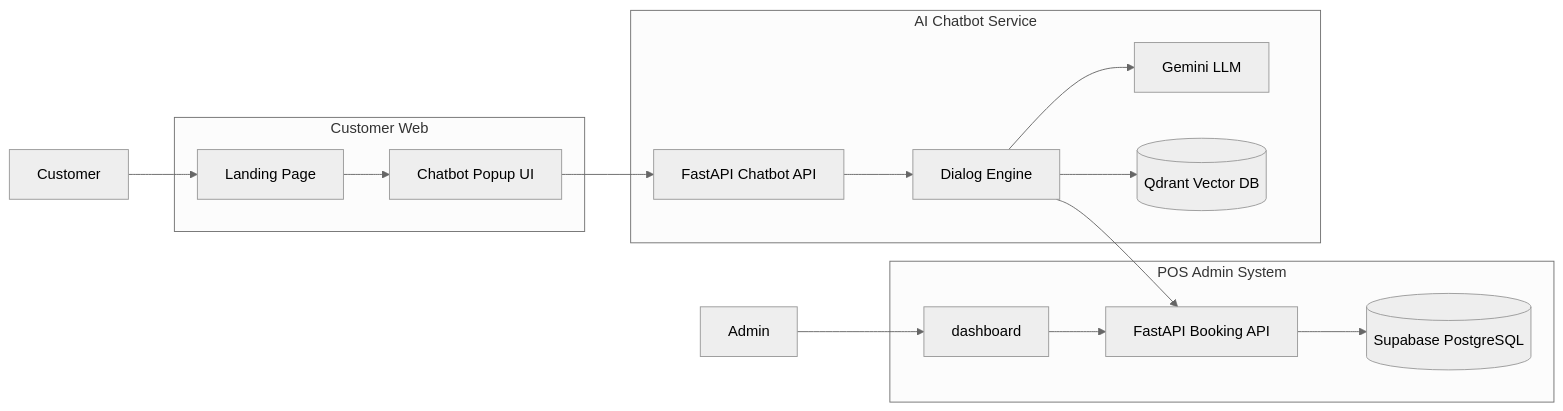
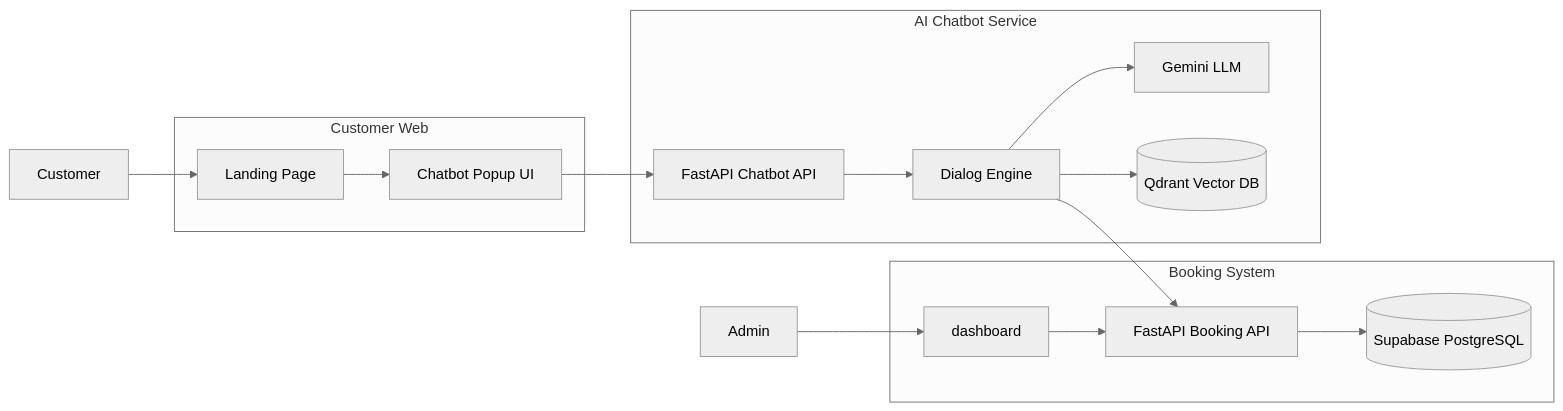
The diagram in README.md (duy-debug/booking-AI-system), drawn with Mermaid (neutral theme) before and after one commit. The commit also changed 1 other file, not shown here.

Commit message:
refactor: update flowchart labels in README for clarity and consistency

````diff
--- a/README.md
+++ b/README.md
@@ -52,36 +52,36 @@
 ```mermaid
 flowchart LR
     Admin[Admin]
     Customer[Customer]
 
-    subgraph Admin_System[POS Admin System]
+    subgraph Admin_System[Booking System]
         AdminFE[dashboard]
         POS[FastAPI Booking API]
         DB[(Supabase PostgreSQL)]
     end
 
     subgraph Customer_Web[Customer Web]
         Landing[Landing Page]
         ChatPopup[Chatbot Popup UI]
     end
 
     subgraph AI_Service[AI Chatbot Service]
         ChatAPI[FastAPI Chatbot API]
         Dialog[Dialog Engine]
         Gemini[Gemini LLM]
         Qdrant[(Qdrant Vector DB)]
     end
 
     Admin --> AdminFE
     AdminFE --> POS
     POS --> DB
 
     Customer --> Landing
     Landing --> ChatPopup
     ChatPopup --> ChatAPI
 
     ChatAPI --> Dialog
     Dialog --> Gemini
     Dialog --> Qdrant
     Dialog --> POS
 ```
````
